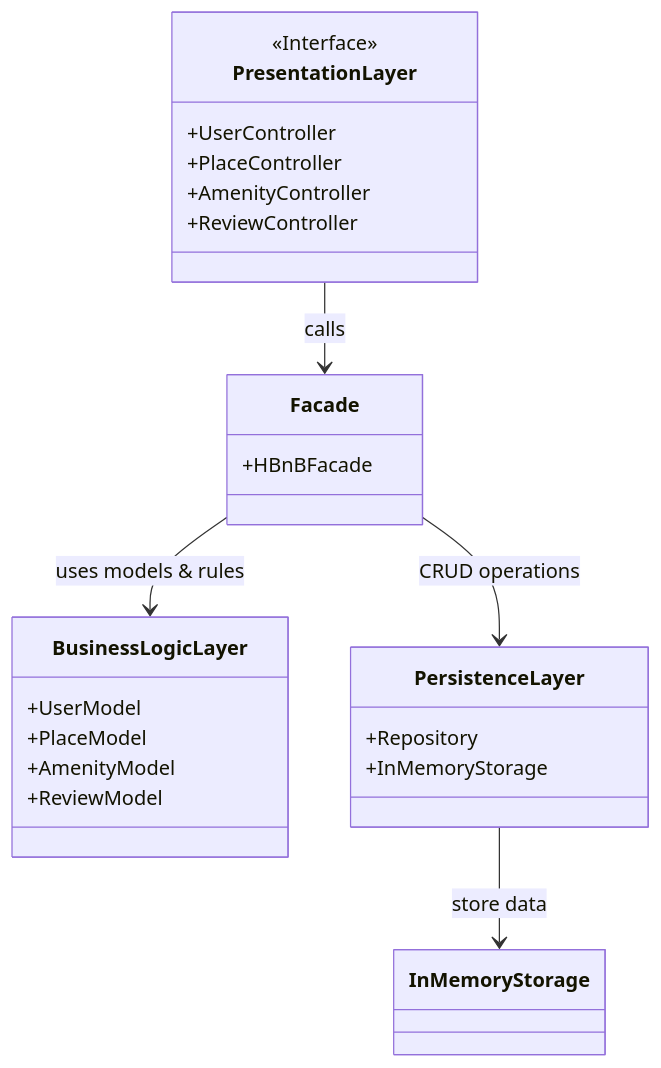
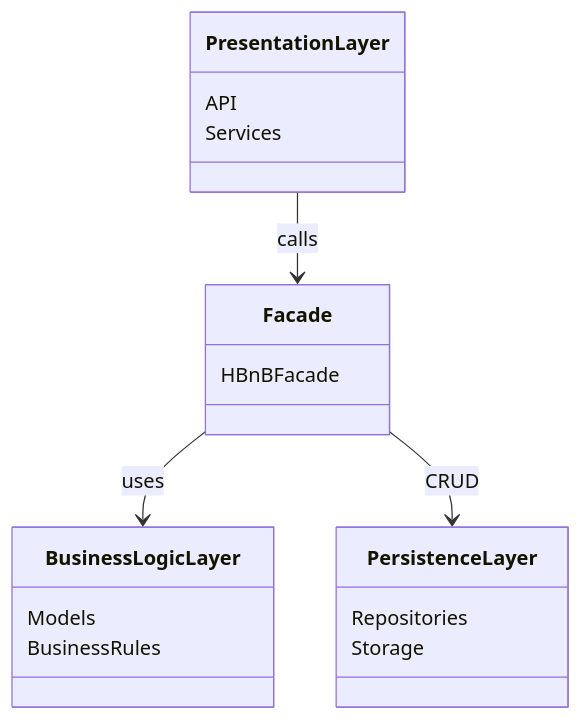
The diagram in part1/01_architecture.mmd (Aythann/holbertonschool-hbnb), drawn with Mermaid before and after one commit.

Commit message:
add high-level package diagram with facade pattern

```diff
--- a/part1/01_architecture.mmd
+++ b/part1/01_architecture.mmd
@@ -1,30 +1,24 @@
 classDiagram
 
 class PresentationLayer {
-    <<Interface>>
-    +UserController
-    +PlaceController
-    +AmenityController
-    +ReviewController
+  API
+  Services
 }
 
 class Facade {
-    +HBnBFacade
+  HBnBFacade
 }
 
 class BusinessLogicLayer {
-    +UserModel
-    +PlaceModel
-    +AmenityModel
-    +ReviewModel
+  Models
+  BusinessRules
 }
 
 class PersistenceLayer {
-    +Repository
-    +InMemoryStorage
+  Repositories
+  Storage
 }
 
 PresentationLayer --> Facade : calls
-Facade --> BusinessLogicLayer : uses models & rules
-Facade --> PersistenceLayer : CRUD operations
-PersistenceLayer --> InMemoryStorage : store data
+Facade --> BusinessLogicLayer : uses
+Facade --> PersistenceLayer : CRUD
```
